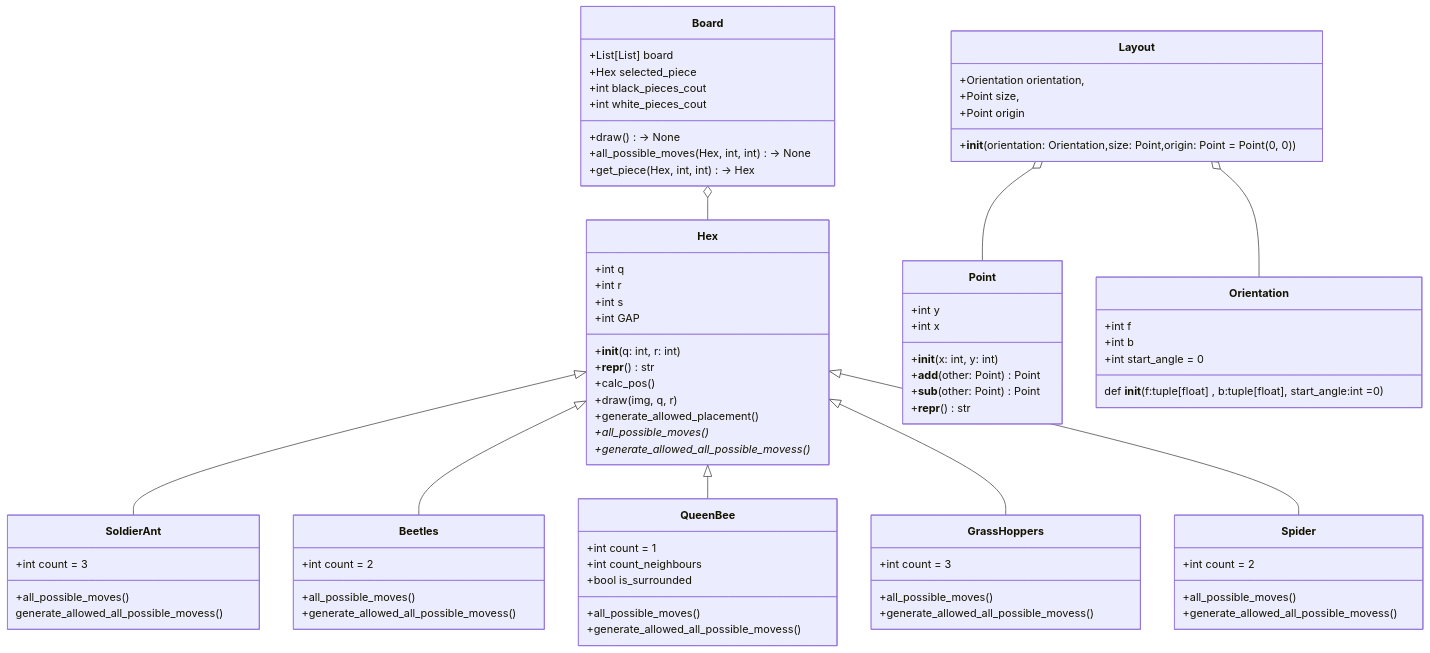
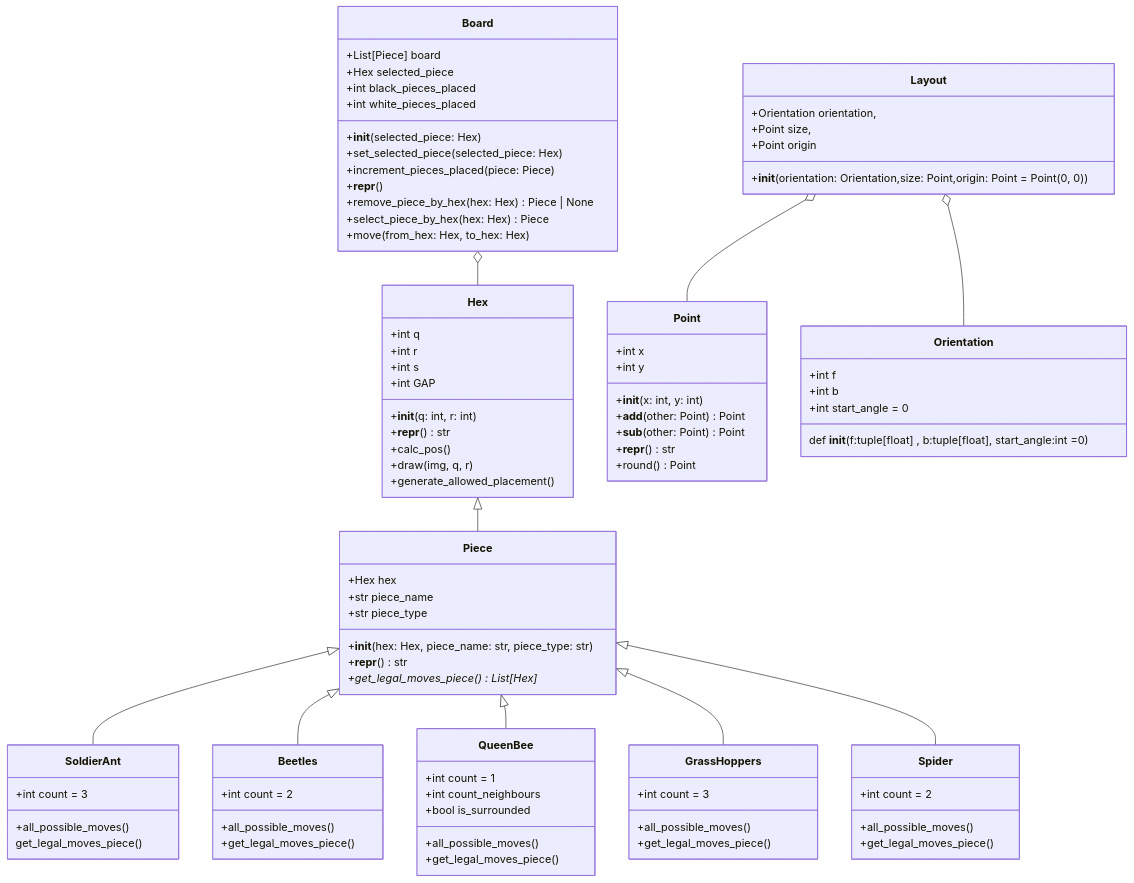
One commit to omaremadd/Hive-Game changed the diagram in Classes.md. Above: the diagram before and after it, drawn with Mermaid. The commit also changed 1 other file, not shown here.

Commit message:
Modified Class Diagram and constants file

````diff
--- a/Classes.md
+++ b/Classes.md
@@ -3,19 +3,34 @@
 ```mermaid
 classDiagram
-    Board: +List[List] board
-    Board: +Hex selected_piece
-    Board: +int black_pieces_cout
-    Board: +int white_pieces_cout
-    Board: +draw()-> None
-    Board: +all_possible_moves(Hex, int, int)-> None
-    Board: +get_piece(Hex, int, int)-> Hex
+    class Board {
+        +List[Piece] board
+        +Hex selected_piece
+        +int black_pieces_placed
+        +int white_pieces_placed
+        +__init__(selected_piece: Hex)
+        +set_selected_piece(selected_piece: Hex)
+        +increment_pieces_placed(piece: Piece)
+        +__repr__()
+        +remove_piece_by_hex(hex: Hex) Piece | None
+        +select_piece_by_hex(hex: Hex) Piece
+        +move(from_hex: Hex, to_hex: Hex)
+    }
 
 
     class Orientation{
-    +int f
-    +int b
-    +int start_angle = 0
-    def __init__(f:tuple[float] , b:tuple[float], start_angle:int =0) 
+        +int f
+        +int b
+        +int start_angle = 0
+        def __init__(f:tuple[float] , b:tuple[float], start_angle:int =0) 
+    }
+
+    class Piece {
+        +Hex hex
+        +str piece_name
+        +str piece_type
+        +__init__(hex: Hex, piece_name: str, piece_type: str)
+        +__repr__() str
+        +get_legal_moves_piece()* List[Hex]
     }
     
 
@@ -29,18 +44,9 @@
         +calc_pos()
         +draw(img, q, r)
         +generate_allowed_placement()
-        +all_possible_moves()*
-        +generate_allowed_all_possible_movess()*
+
     }
 
-    class Point {
-        +int y
-        +int x
-        +__init__(x: int, y: int)
-        +__add__(other: Point) Point
-        +__sub__(other: Point) Point
-        +__repr__() str
-    }
     class Layout{
         +Orientation orientation,
         +Point size,
@@ -49,42 +55,53 @@
     }
 
 
+    class Point {
+        +int x
+        +int y
+        +__init__(x: int, y: int)
+        +__add__(other: Point) Point
+        +__sub__(other: Point) Point
+        +__repr__() str
+        +round() Point
+    }
+
     class SoldierAnt{
         +int count = 3
         +all_possible_moves()
-        generate_allowed_all_possible_movess()
+        get_legal_moves_piece()
     }    
     class Beetles{
         +int count = 2
         +all_possible_moves()
-        +generate_allowed_all_possible_movess()
+        +get_legal_moves_piece()
     }
     class QueenBee{
         +int count = 1
         +int count_neighbours
         +bool is_surrounded
         +all_possible_moves()
-        +generate_allowed_all_possible_movess()
+        +get_legal_moves_piece()
     }
     class GrassHoppers{
         +int count = 3
         +all_possible_moves()
-        +generate_allowed_all_possible_movess()
+        +get_legal_moves_piece()
     }
     class Spider{
         +int count = 2
         +all_possible_moves()
-        +generate_allowed_all_possible_movess()
+        +get_legal_moves_piece()
     }
 
+    Hex <|-- Piece
 
     Layout o-- Point
     Layout o-- Orientation
     Board o-- Hex
-    Hex <|-- SoldierAnt
-    Hex <|-- Beetles
-    Hex <|-- QueenBee
-    Hex <|-- GrassHoppers
-    Hex <|-- Spider
+    Piece <|-- SoldierAnt
+    Piece <|-- Beetles
+    Piece <|-- QueenBee
+    Piece <|-- GrassHoppers
+    Piece <|-- Spider
 
 ```
````
